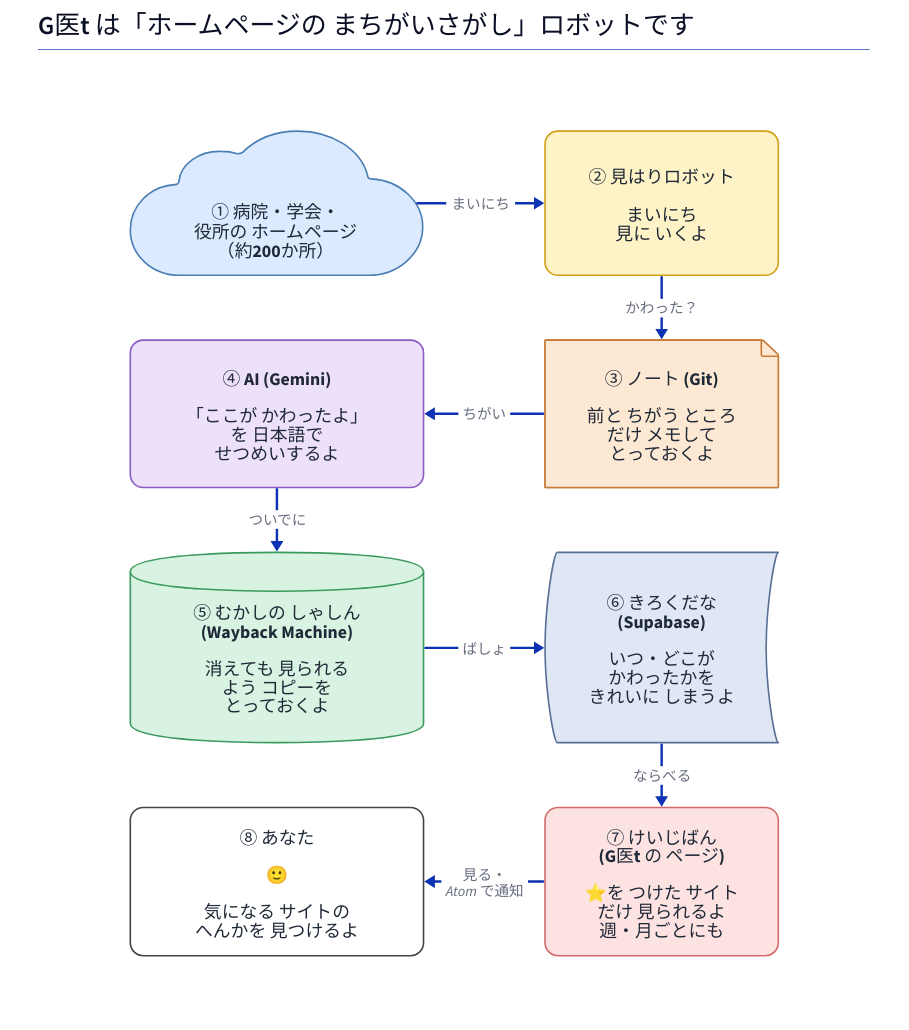
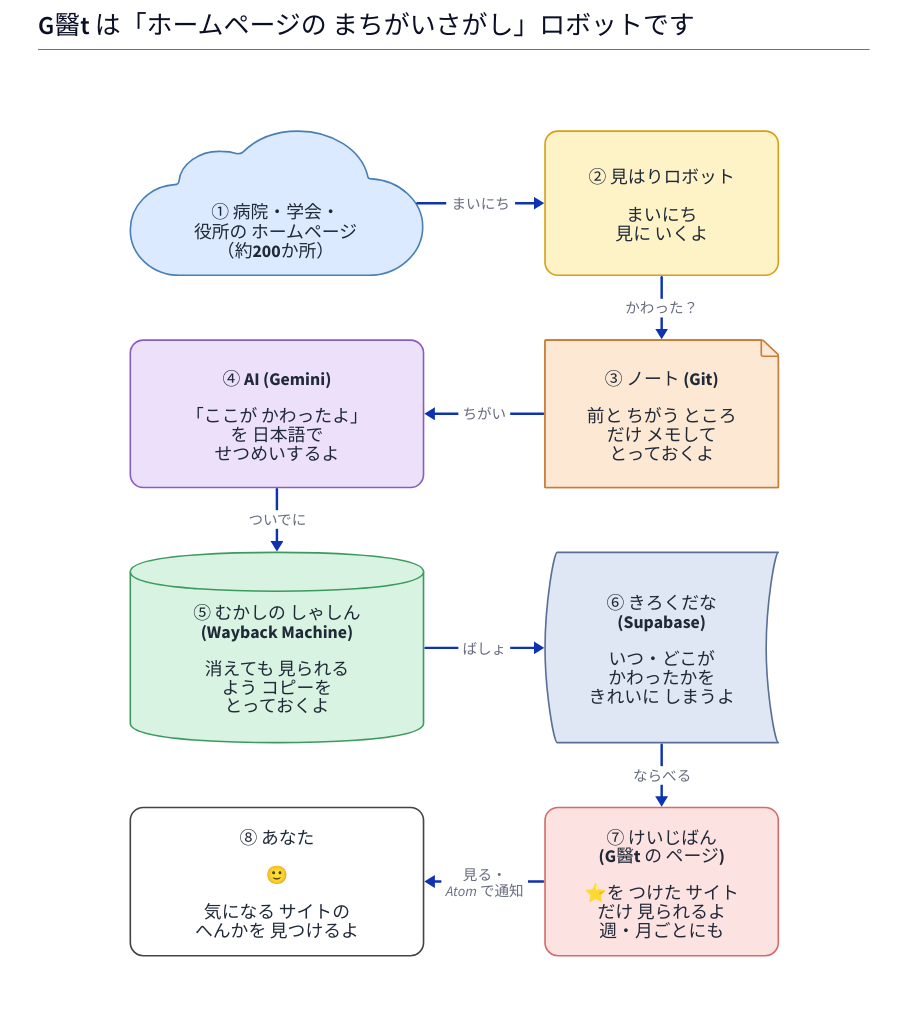
The diagram in docs/system.d2 (TanukiMa/g-i-t-app), drawn with D2 before and after one commit. The commit also changed 38 other files, not shown here.

```diff
--- a/docs/system.d2
+++ b/docs/system.d2
@@ -1,110 +1,110 @@
-# G医t を1枚で説明する図 (ELI5: ぜんぜん知らない人にも分かるように)
+# G醫t を1枚で説明する図 (ELI5: ぜんぜん知らない人にも分かるように)
 #
 # 描画: pwsh scripts/render-diagram.ps1
 #       (= d2 --theme 0 --dark-theme 200 --pad 24 docs/system.d2 static/system.svg)
 #
 # 読み方: 2列 x 4段を、ヘビのように 上から下へ進む。
 #   ① ホームページ  ->  ② 見はりロボット
 #                            |
 #   ④ AI          <-  ③ ノート
 #      |
 #   ⑤ しゃしん      ->  ⑥ きろくだな
 #                            |
 #   ⑧ あなた        <-  ⑦ けいじばん
 
 direction: down
 
 classes: {
   step: {
     style: {
       border-radius: 16
       stroke-width: 2
       font-size: 22
       font-color: "#1f2937"
     }
   }
   arrow: {
     style: {
       stroke-width: 3
       font-size: 18
     }
   }
 }
 
 title: |md
-  # G医t は「ホームページの まちがいさがし」ロボットです
+  # G醫t は「ホームページの まちがいさがし」ロボットです
 | {
   near: top-center
 }
 
 flow: {
   label: ""
   grid-rows: 4
   grid-columns: 2
   horizontal-gap: 150
   vertical-gap: 80
   style: {
     fill: transparent
     stroke: transparent
   }
 
   # ---- 1段め (左 -> 右) ----
   sites: "① 病院・学会・\n役所の ホームページ\n（約200か所）" {
     class: step
     shape: cloud
     style.fill: "#dbeafe"
     style.stroke: "#4a7fb5"
   }
   robot: "② 見はりロボット\n\nまいにち\n見に いくよ" {
     class: step
     style.fill: "#fef3c7"
     style.stroke: "#d4a017"
   }
 
   # ---- 2段め (右 -> 左) ----
   ai: "④ AI (Gemini)\n\n「ここが かわったよ」\nを 日本語で\nせつめいするよ" {
     class: step
     style.fill: "#ede0fa"
     style.stroke: "#8a5cc2"
   }
   notebook: "③ ノート (Git)\n\n前と ちがう ところ\nだけ メモして\nとっておくよ" {
     class: step
     shape: page
     style.fill: "#fde8d4"
     style.stroke: "#c77d3a"
   }
 
   # ---- 3段め (左 -> 右) ----
   photo: "⑤ むかしの しゃしん\n(Wayback Machine)\n\n消えても 見られる\nよう コピーを\nとっておくよ" {
     class: step
     shape: cylinder
     style.fill: "#d8f3e2"
     style.stroke: "#3c9a5f"
   }
   shelf: "⑥ きろくだな\n(Supabase)\n\nいつ・どこが\nかわったかを\nきれいに しまうよ" {
     class: step
     shape: stored_data
     style.fill: "#dfe7f5"
     style.stroke: "#5a6f96"
   }
 
   # ---- 4段め (右 -> 左) ----
   you: "⑧ あなた\n\n🙂\n\n気になる サイトの\nへんかを 見つけるよ" {
     class: step
     style.fill: "#ffffff"
     style.stroke: "#444444"
   }
-  board: "⑦ けいじばん\n(G医t の ページ)\n\n⭐を つけた サイト\nだけ 見られるよ\n週・月ごとにも" {
+  board: "⑦ けいじばん\n(G醫t の ページ)\n\n⭐を つけた サイト\nだけ 見られるよ\n週・月ごとにも" {
     class: step
     style.fill: "#fde2e2"
     style.stroke: "#d46a6a"
   }
 
   sites -> robot: "まいにち" {class: arrow}
   robot -> notebook: "かわった？" {class: arrow}
   notebook -> ai: "ちがい" {class: arrow}
   ai -> photo: "ついでに" {class: arrow}
   photo -> shelf: "ばしょ" {class: arrow}
   shelf -> board: "ならべる" {class: arrow}
   board -> you: "見る・\nAtom で通知" {class: arrow}
 }
```
